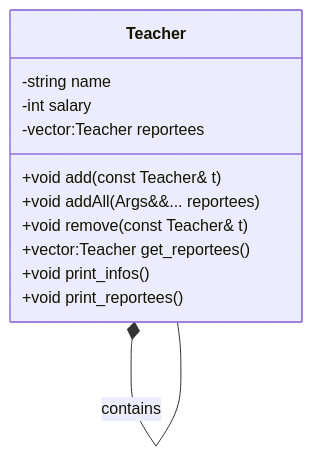
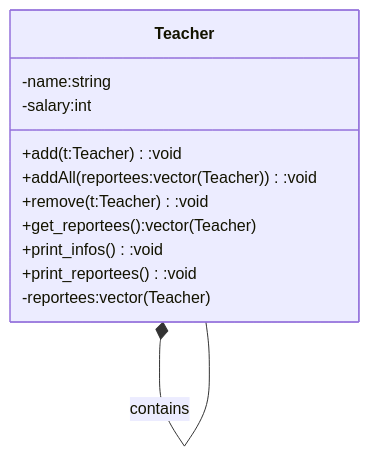
The diagram in Structural/Composite/README.md (aperlini/Design-Patterns), drawn with Mermaid before and after one commit. The commit also changed 6 other files, not shown here.

Commit message:
structural UML snippets

````diff
--- a/Structural/Composite/README.md
+++ b/Structural/Composite/README.md
@@ -5,17 +5,17 @@
 ```mermaid
 classDiagram
 
 	Teacher *-- Teacher:contains
 
 	class Teacher {
-          +void add(const Teacher& t)
-          +void addAll(Args&&... reportees)
-          +void remove(const Teacher& t)
-          +vector:Teacher get_reportees()
-          +void print_infos()
-          +void print_reportees()
-          -string name
-          -int salary
-          -vector:Teacher reportees
+          +add(t:Teacher):void
+          +addAll(reportees:vector(Teacher)):void
+          +remove(t:Teacher):void
+          +get_reportees():vector(Teacher)
+          +print_infos():void
+          +print_reportees():void
+          -name:string
+          -salary:int
+          -reportees:vector(Teacher)
       }
 ```
````
